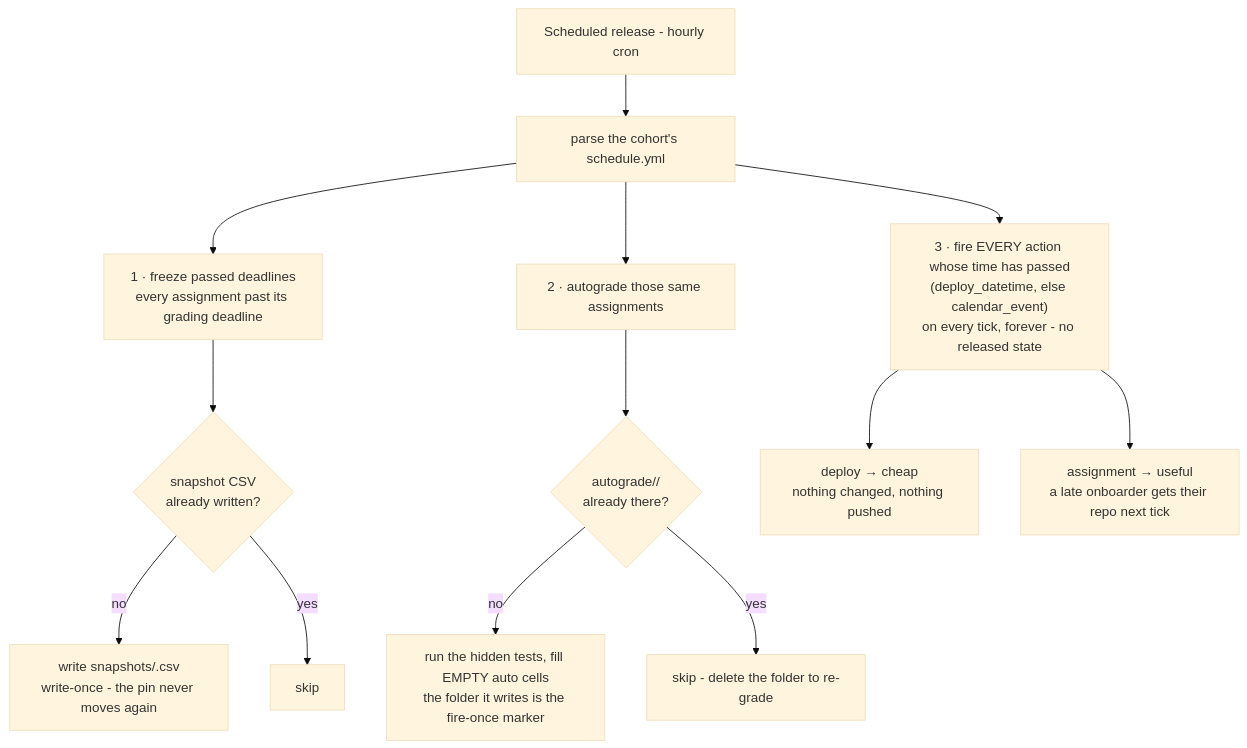
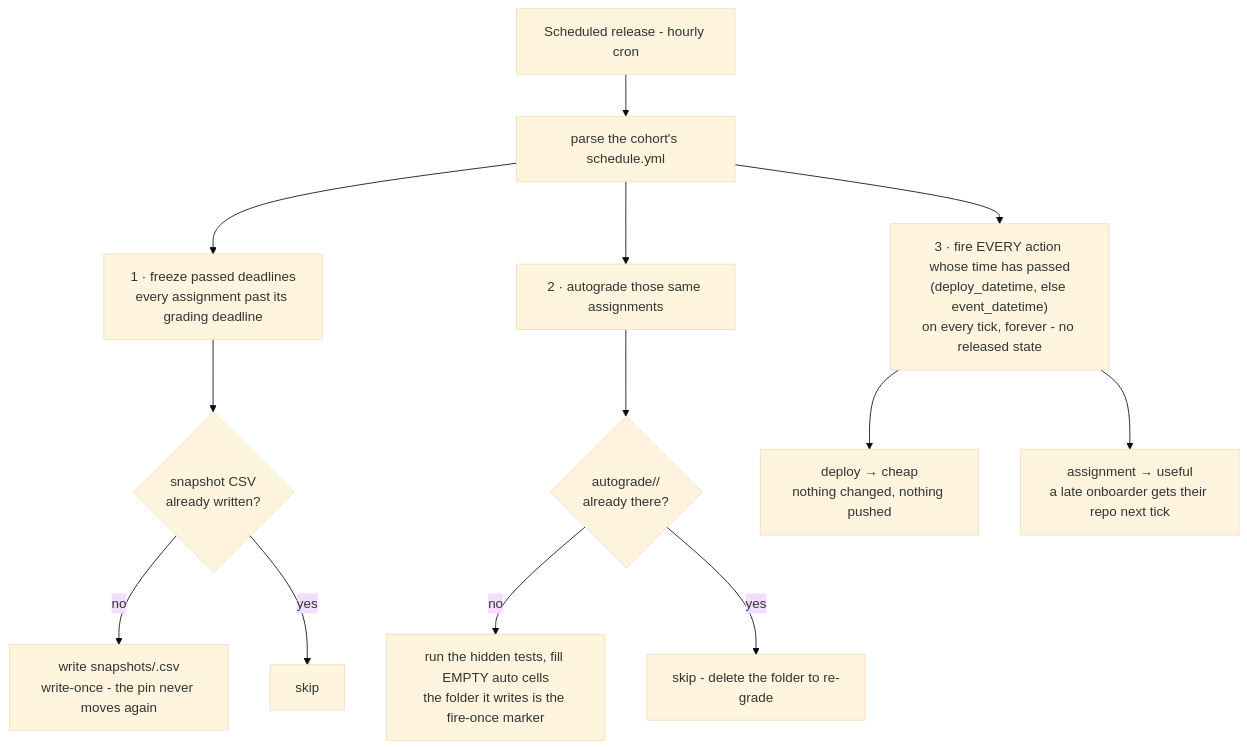
One commit to hertie-data-science-lab/dsl-teaching-course-setup changed the diagram in docs/06-schedule-releases.md. Above: the diagram before and after it, drawn with Mermaid (base theme). The commit also changed other lines of this file and 28 other files, not shown here.

First line of the commit message:
feat(schedule): _datetime schema, cohort-level assignment type, handout back-fill

````diff
--- a/docs/06-schedule-releases.md
+++ b/docs/06-schedule-releases.md
@@ -182,24 +191,24 @@
 ```mermaid
 flowchart TB
   cron["Scheduled release - hourly cron"] --> parse["parse the cohort's schedule.yml"]
   parse --> p1["`1 · freeze passed deadlines
 every assignment past its grading deadline`"]
   p1 --> snap{"`snapshot CSV
 already written?`"}
   snap -- no --> freeze["`write snapshots/<slug>.csv
 write-once - the pin never moves again`"]
   snap -- yes --> skip["skip"]
   parse --> p2["`2 · autograde those same assignments`"]
   p2 --> mark{"`autograde/<slug>/
 already there?`"}
   mark -- no --> grade["`run the hidden tests, fill EMPTY auto cells
 the folder it writes is the fire-once marker`"]
   mark -- yes --> skip2["skip - delete the folder to re-grade"]
   parse --> p3["`3 · fire EVERY action whose time has passed
-(deploy_datetime, else calendar_event)
+(deploy_datetime, else event_datetime)
 on every tick, forever - no released state`"]
   p3 --> dep["`deploy → cheap
 nothing changed, nothing pushed`"]
   p3 --> asg["`assignment → useful
 a late onboarder gets their repo next tick`"]
 ```
````
